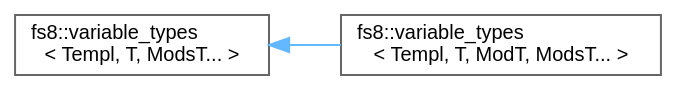
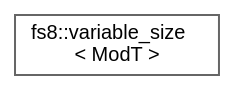
Before and after one commit to the-moisrex/foresight: the diagram in api/inherit_graph_125.dot, drawn with Graphviz. The commit also changed 187 other files, not shown here.

```diff
--- a/api/inherit_graph_125.dot
+++ b/api/inherit_graph_125.dot
@@ -1,11 +1,9 @@
 digraph "Graphical Class Hierarchy"
 {
  // LATEX_PDF_SIZE
   bgcolor="transparent";
   edge [fontname=Helvetica,fontsize=10,labelfontname=Helvetica,labelfontsize=10];
   node [fontname=Helvetica,fontsize=10,shape=box,height=0.2,width=0.4];
   rankdir="LR";
-  Node0 [id="Node000000",label="fs8::variable_types\l\< Templ, T, ModsT... \>",height=0.2,width=0.4,color="grey40", fillcolor="white", style="filled",URL="$structfs8_1_1variable__types.html",tooltip=" "];
-  Node0 -> Node1 [id="edge130_Node000000_Node000001",dir="back",color="steelblue1",style="solid",tooltip=" "];
-  Node1 [id="Node000001",label="fs8::variable_types\l\< Templ, T, ModT, ModsT... \>",height=0.2,width=0.4,color="grey40", fillcolor="white", style="filled",URL="$structfs8_1_1variable__types_3_01Templ_00_01T_00_01ModT_00_01ModsT_8_8_8_01_4.html",tooltip=" "];
+  Node0 [id="Node000000",label="fs8::variable_size\l\< ModT \>",height=0.2,width=0.4,color="grey40", fillcolor="white", style="filled",URL="$structfs8_1_1variable__size_3_01ModT_01_4.html",tooltip=" "];
 }
```
